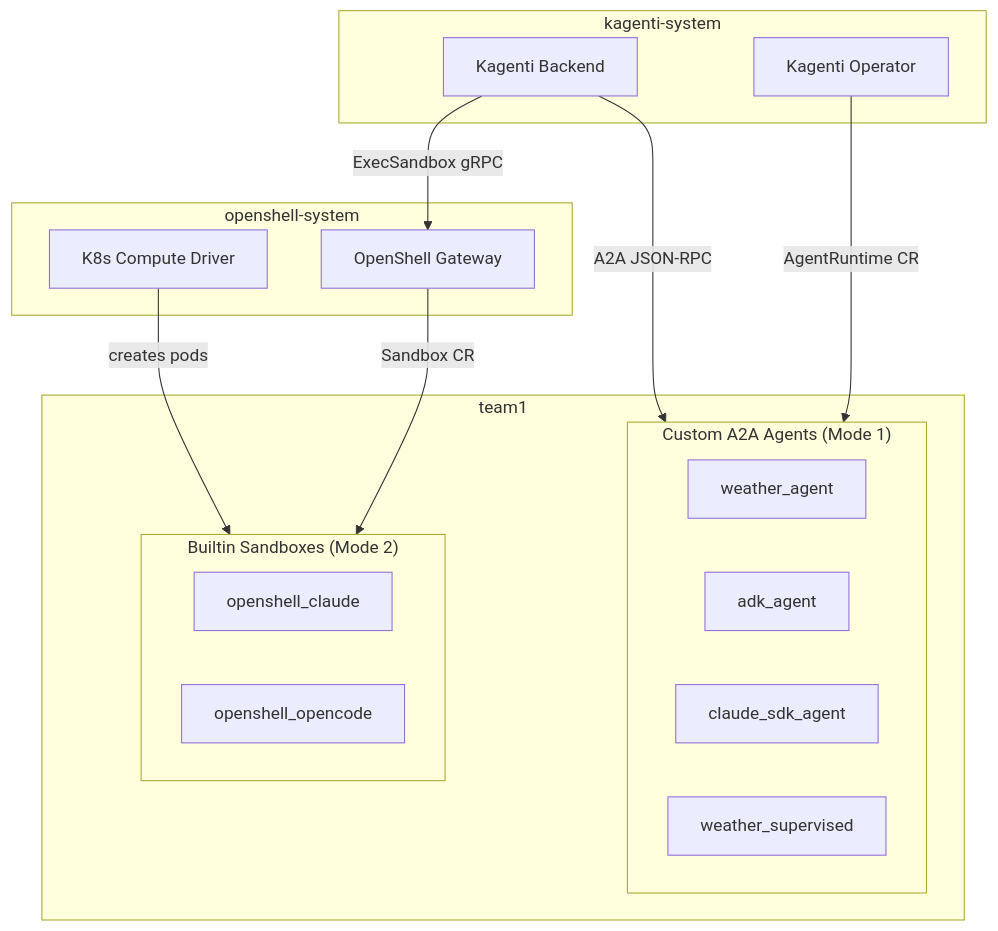
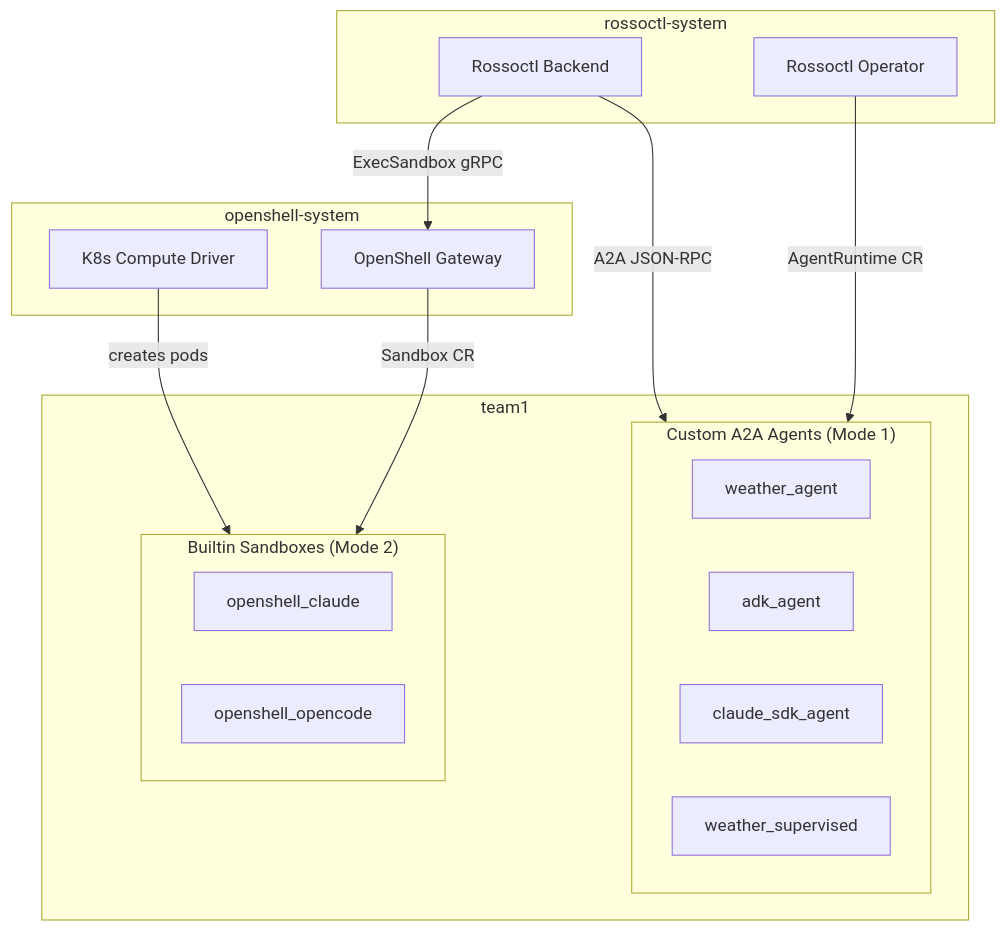
One commit to kagenti/kagenti changed the third of 4 diagrams in docs/agentic-runtime/sandboxing-models.md. Above: the diagram before and after it, drawn with Mermaid. The commit also changed other lines of this file and 1316 other files, not shown here.

First line of the commit message:
⚠️ Rename Kagenti → Rossoctl across the flagship repo (→ rossoctl)

````diff
--- a/docs/agentic-runtime/sandboxing-models.md
+++ b/docs/agentic-runtime/sandboxing-models.md
@@ -69,31 +69,31 @@
 ```mermaid
 graph TB
     subgraph openshell_ns2["openshell-system"]
         GW3["OpenShell Gateway"]
         KD3["K8s Compute Driver"]
     end
 
-    subgraph kagenti_ns2["kagenti-system"]
-        OP3["Kagenti Operator"]
-        BE3["Kagenti Backend"]
+    subgraph rossoctl_ns2["rossoctl-system"]
+        OP3["Rossoctl Operator"]
+        BE3["Rossoctl Backend"]
     end
 
     subgraph agent_ns2["team1"]
         subgraph custom["Custom A2A Agents (Mode 1)"]
             W["weather_agent"]
             ADK3["adk_agent"]
             CL["claude_sdk_agent"]
             WS["weather_supervised"]
         end
         subgraph builtin["Builtin Sandboxes (Mode 2)"]
             CS["openshell_claude"]
             OC["openshell_opencode"]
         end
     end
 
     OP3 -->|"AgentRuntime CR"| custom
     BE3 -->|"A2A JSON-RPC"| custom
     BE3 -->|"ExecSandbox gRPC"| GW3
     GW3 -->|"Sandbox CR"| builtin
     KD3 -->|"creates pods"| builtin
 ```
````
